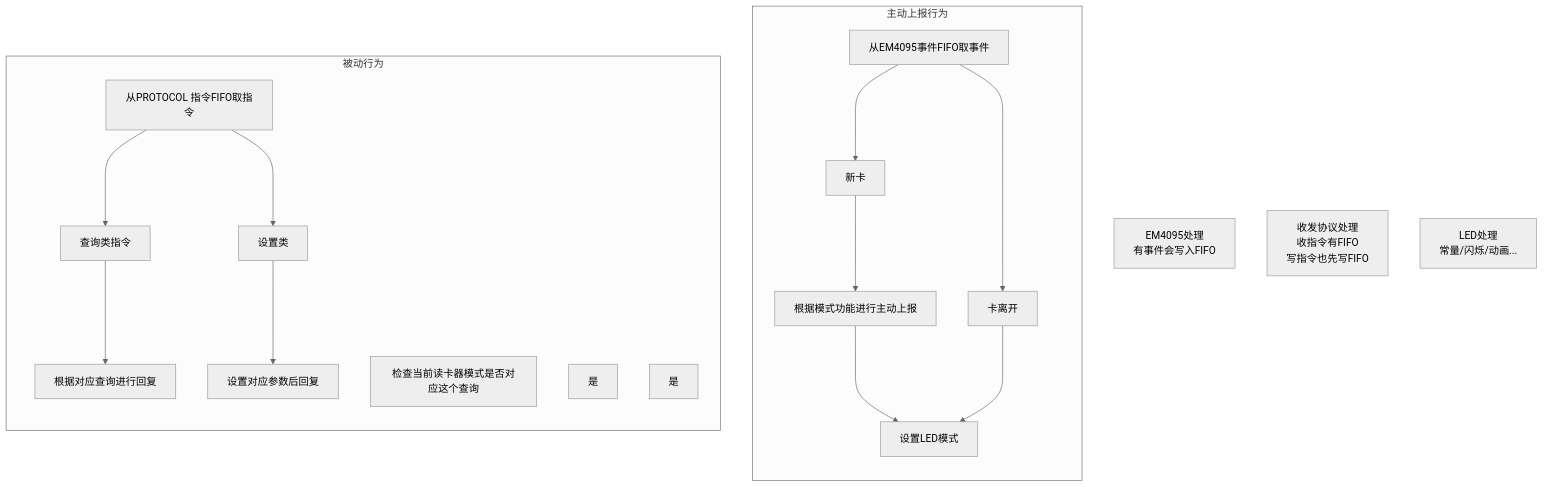
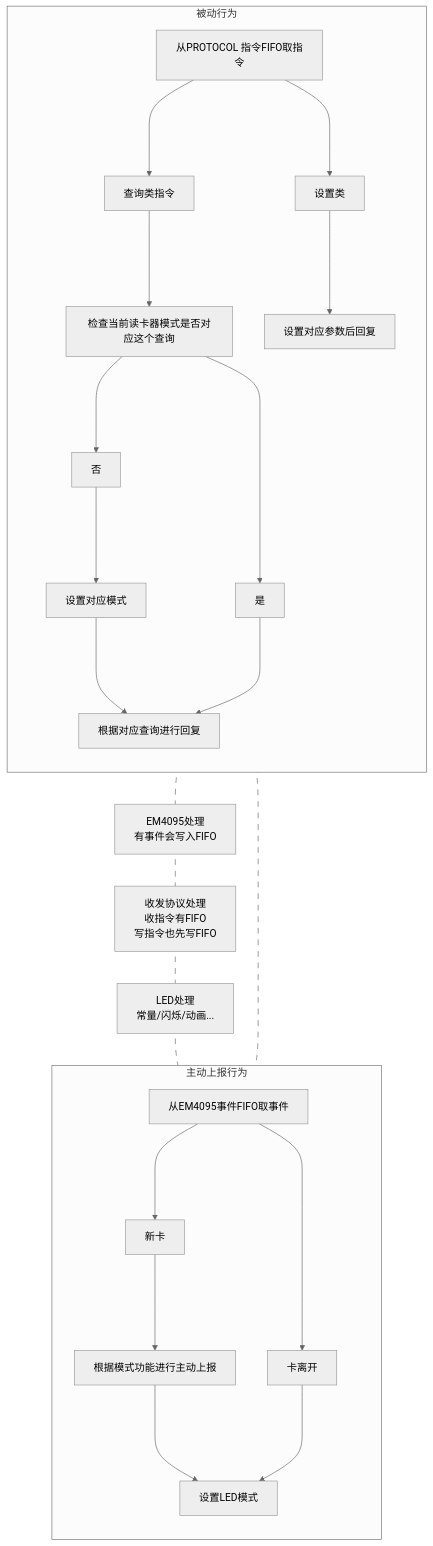
One commit to Siaiai/ObsidianNote changed the ninth of 9 diagrams in 工作/[[SR3读卡器]]/260804SR3框架整理.md. Above: the diagram before and after it, drawn with Mermaid (neutral theme). The commit also changed 1 other file, not shown here.

Commit message:
[自动]笔记同步:2026-08-06 13:52:01 涉及文件个数:2
Affected files:
.obsidian/workspace.json
工作/[[SR3读卡器]]/260804SR3框架整理.md

````diff
--- a/工作/[[SR3读卡器]]/260804SR3框架整理.md
+++ b/工作/[[SR3读卡器]]/260804SR3框架整理.md
@@ -401,39 +401,57 @@
 ```mermaid
 flowchart TB
 	EM4095_PROCESS["EM4095处理
 	有事件会写入FIFO"]
 	PROTOCOL_PROCESS["收发协议处理
 	收指令有FIFO
 	写指令也先写FIFO"]
 	LED_PROCESS["LED处理
 	常量/闪烁/动画..."]
 	
 	subgraph EM4095_EVENT["主动上报行为"]
 		direction TB
 		GET_EVENT["从EM4095事件FIFO取事件"]
 		NEW["新卡"]
 		GONE["卡离开"]
 		NEW_EVENT["根据模式功能进行主动上报"]
 		LED_SET["设置LED模式"]
 		GET_EVENT ---> NEW
 		GET_EVENT ---> GONE
 		NEW ---> NEW_EVENT
 		NEW_EVENT ---> LED_SET
 		GONE ---> LED_SET
 	end
 	subgraph PROTOCOL_EVENT["被动行为"]
 		direction TB
 		GET_CMD["从PROTOCOL 指令FIFO取指令"]
 		Q["查询类指令"]
 		S["设置类"]
 		CHECK_SET["检查当前读卡器模式是否对应这个查询"]
 		CHECK_SET_1["是"]
-		CHECK_SET_2["是"]
+		CHECK_SET_2["否"]
+		CHECK_SET_3["设置对应模式"]
 		CMD_Q["根据对应查询进行回复"]
 		CMD_S["设置对应参数后回复"]
-		GET_CMD ---> Q
+		GET_CMD ---> Q 
+		Q ---> CHECK_SET
+		CHECK_SET ---> CHECK_SET_2
+		CHECK_SET ---> CHECK_SET_1
+		CHECK_SET_2 --->CHECK_SET_3
+		CHECK_SET_3 ---> CMD_Q
+		CHECK_SET_1 ---> CMD_Q
 		GET_CMD ---> S
-		Q ---> CMD_Q
 		S ---> CMD_S
 	end
+	
+	EM4095_PROCESS e1@--- PROTOCOL_PROCESS
+	PROTOCOL_PROCESS e2@--- LED_PROCESS
+	LED_PROCESS e3@--- EM4095_EVENT
+	EM4095_EVENT e4@--- PROTOCOL_EVENT
+	PROTOCOL_EVENT e5@--- EM4095_PROCESS
+	classDef animate stroke-dasharray: 9,5,stroke-dashoffset: 10000,animation: dash 25s linear infinite; 
+	class e1 animate
+	class e2 animate
+	class e3 animate
+	class e4 animate
+	class e5 animate
 ```
````
